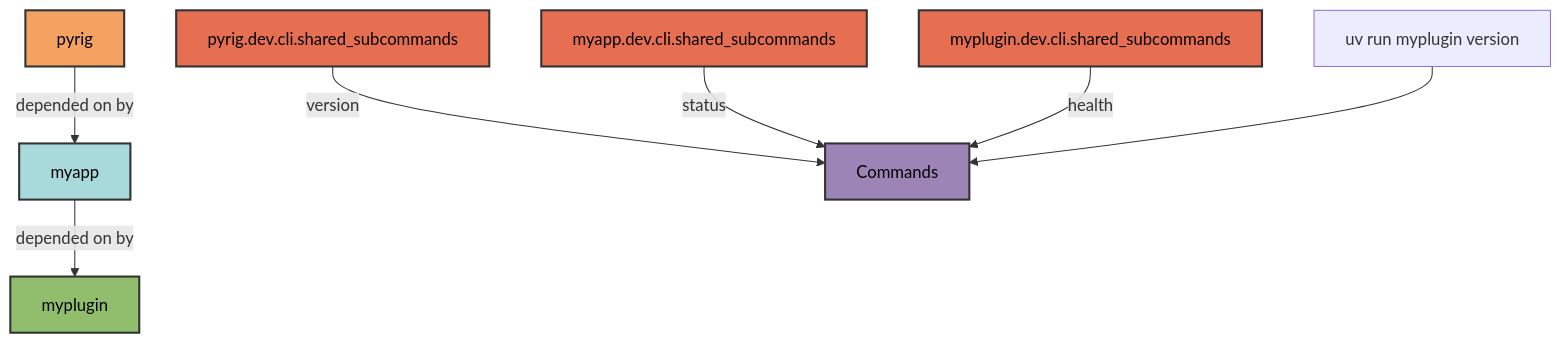
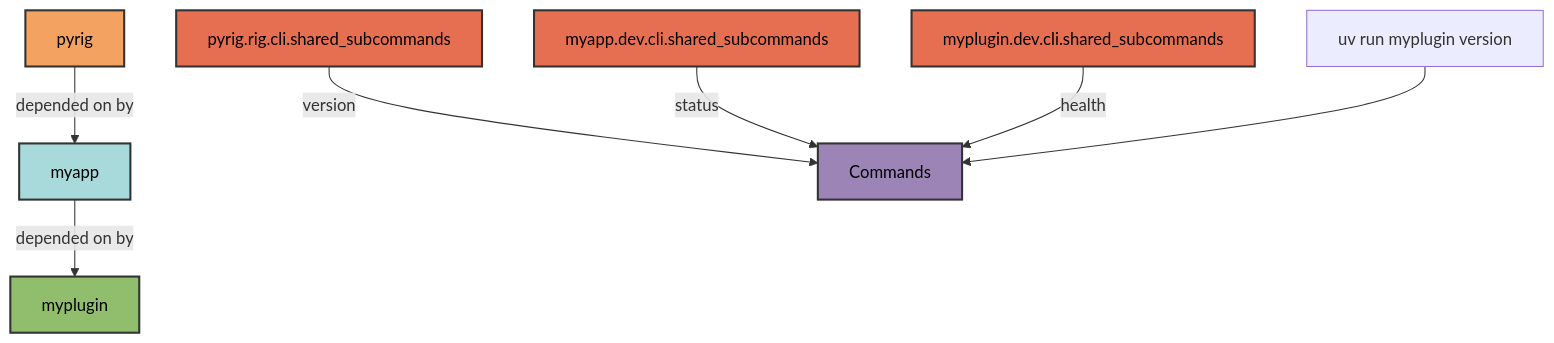
Before and after one commit to Winipedia/pyrig: the first of 2 diagrams in docs/cli/shared-subcommands.md, drawn with Mermaid. The commit also changed other lines of this file and 478 other files, not shown here.

Commit message:
renamed dev to rig and tests pass

````diff
--- a/docs/cli/shared-subcommands.md
+++ b/docs/cli/shared-subcommands.md
@@ -49,19 +49,19 @@
 ```mermaid
 graph TD
     A[pyrig] -->|depended on by| B[myapp]
     B -->|depended on by| C[myplugin]
 
-    D[pyrig.dev.cli.shared_subcommands] -->|version| E[Commands]
+    D[pyrig.rig.cli.shared_subcommands] -->|version| E[Commands]
     F[myapp.dev.cli.shared_subcommands] -->|status| E
     G[myplugin.dev.cli.shared_subcommands] -->|health| E
 
     H[uv run myplugin version] --> E
 
     style A fill:#f4a261,stroke:#333,stroke-width:2px,color:#000
     style B fill:#a8dadc,stroke:#333,stroke-width:2px,color:#000
     style C fill:#90be6d,stroke:#333,stroke-width:2px,color:#000
     style D fill:#e76f51,stroke:#333,stroke-width:2px,color:#000
     style F fill:#e76f51,stroke:#333,stroke-width:2px,color:#000
     style G fill:#e76f51,stroke:#333,stroke-width:2px,color:#000
     style E fill:#9d84b7,stroke:#333,stroke-width:2px,color:#000
 ```
````
